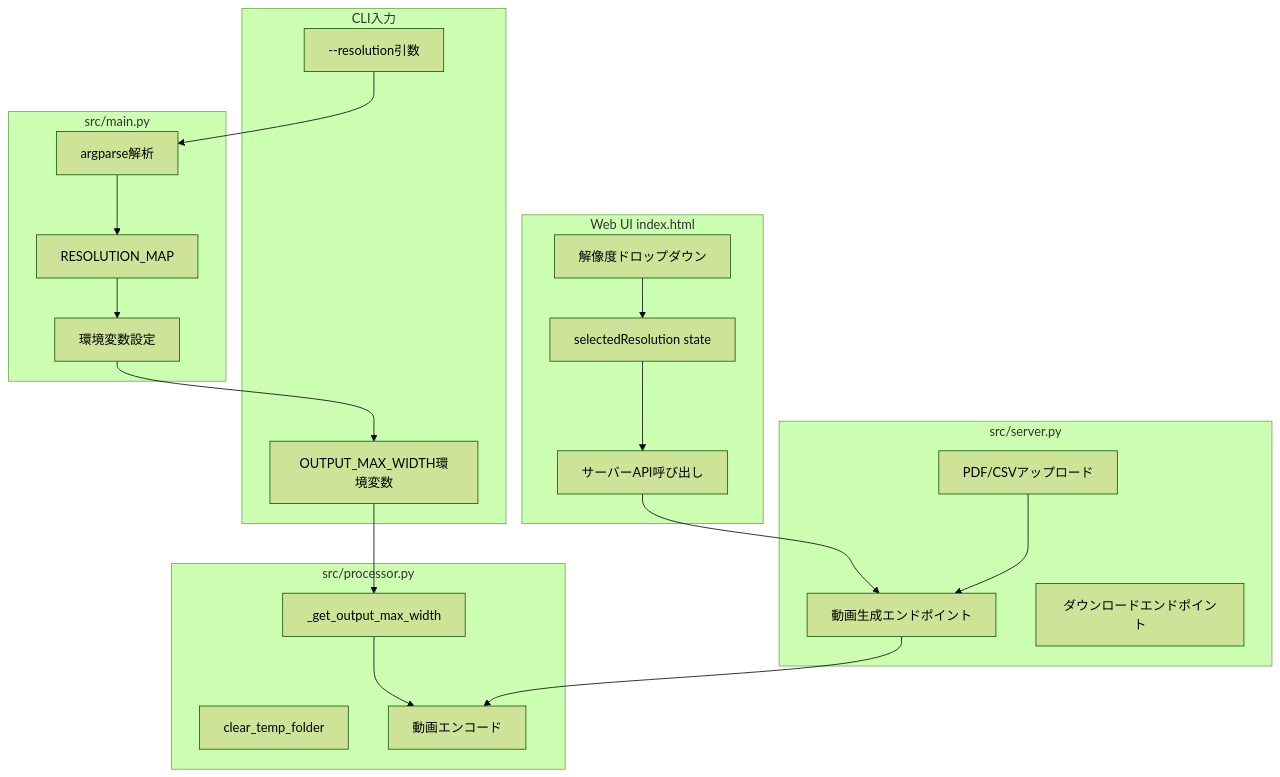
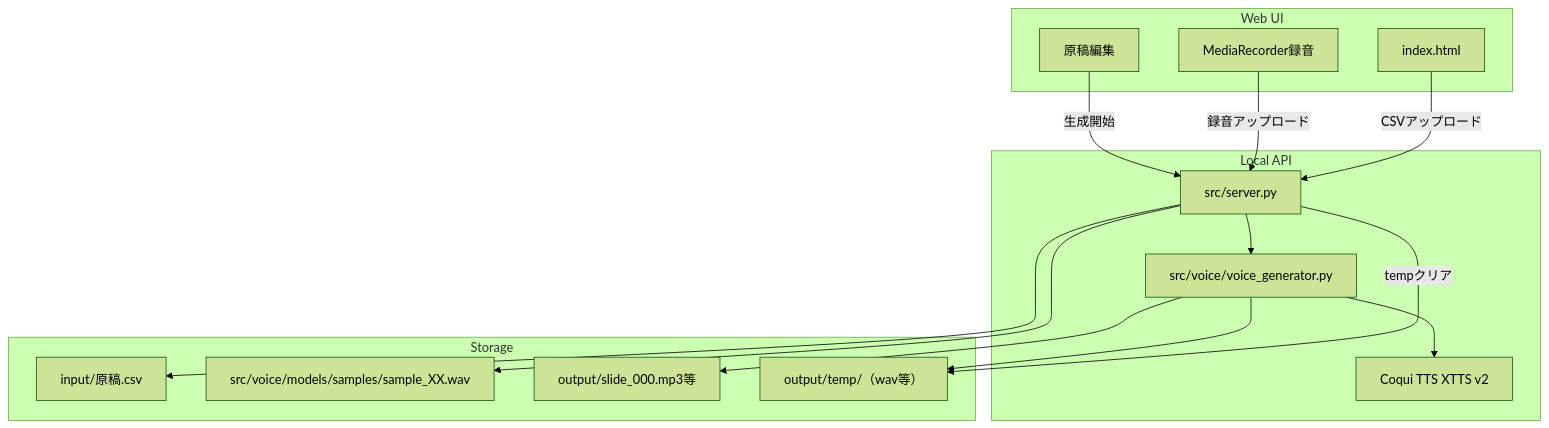
One commit to J1921604/MyVoice-Maker changed the first of 3 diagrams in specs/001-MyVoice-Maker/plan.md. Above: the diagram before and after it, drawn with Mermaid (forest theme). The commit also changed other lines of this file and 35 other files, not shown here.

````diff
--- a/specs/001-MyVoice-Maker/plan.md
+++ b/specs/001-MyVoice-Maker/plan.md
@@ -97,44 +94,32 @@
 ```mermaid
 flowchart TB
-    subgraph CLI入力
-        ARG[--resolution引数]
-        ENV[OUTPUT_MAX_WIDTH環境変数]
+    subgraph Web UI
+        HTML[index.html]
+        REC[MediaRecorder録音]
+        EDIT[原稿編集]
     end
 
-    subgraph src/main.py
-        PARSER[argparse解析]
-        RESMAP[RESOLUTION_MAP]
-        SETENV[環境変数設定]
+    subgraph Local API
+        API[src/server.py]
+        VG[src/voice/voice_generator.py]
+        TTS[Coqui TTS XTTS v2]
     end
 
-    subgraph src/processor.py
-        CLEAR[clear_temp_folder]
-        WIDTH[_get_output_max_width]
-        ENCODE[動画エンコード]
+    subgraph Storage
+        IN[input/原稿.csv]
+        SAMPLES[src/voice/models/samples/sample_XX.wav]
+        OUT[output/slide_000.mp3等]
+        TEMP[output/temp/（wav等）]
     end
 
-    subgraph Web UI index.html
-        DROPDOWN[解像度ドロップダウン]
-        STATE[selectedResolution state]
-        API[サーバーAPI呼び出し]
-    end
-
-    subgraph src/server.py
-        UPLOAD[PDF/CSVアップロード]
-        GENERATE[動画生成エンドポイント]
-        DOWNLOAD[ダウンロードエンドポイント]
-    end
-
-    ARG --> PARSER
-    PARSER --> RESMAP
-    RESMAP --> SETENV
-    SETENV --> ENV
-    ENV --> WIDTH
-    WIDTH --> ENCODE
-
-    DROPDOWN --> STATE
-    STATE --> API
-    API --> GENERATE
-    GENERATE --> ENCODE
-    UPLOAD --> GENERATE
+    HTML -->|CSVアップロード| API
+    REC -->|録音アップロード| API
+    EDIT -->|生成開始| API
+    API -->|tempクリア| TEMP
+    API --> VG
+    VG --> TTS
+    VG --> TEMP
+    VG --> OUT
+    API --> IN
+    API --> SAMPLES
 ```
````
